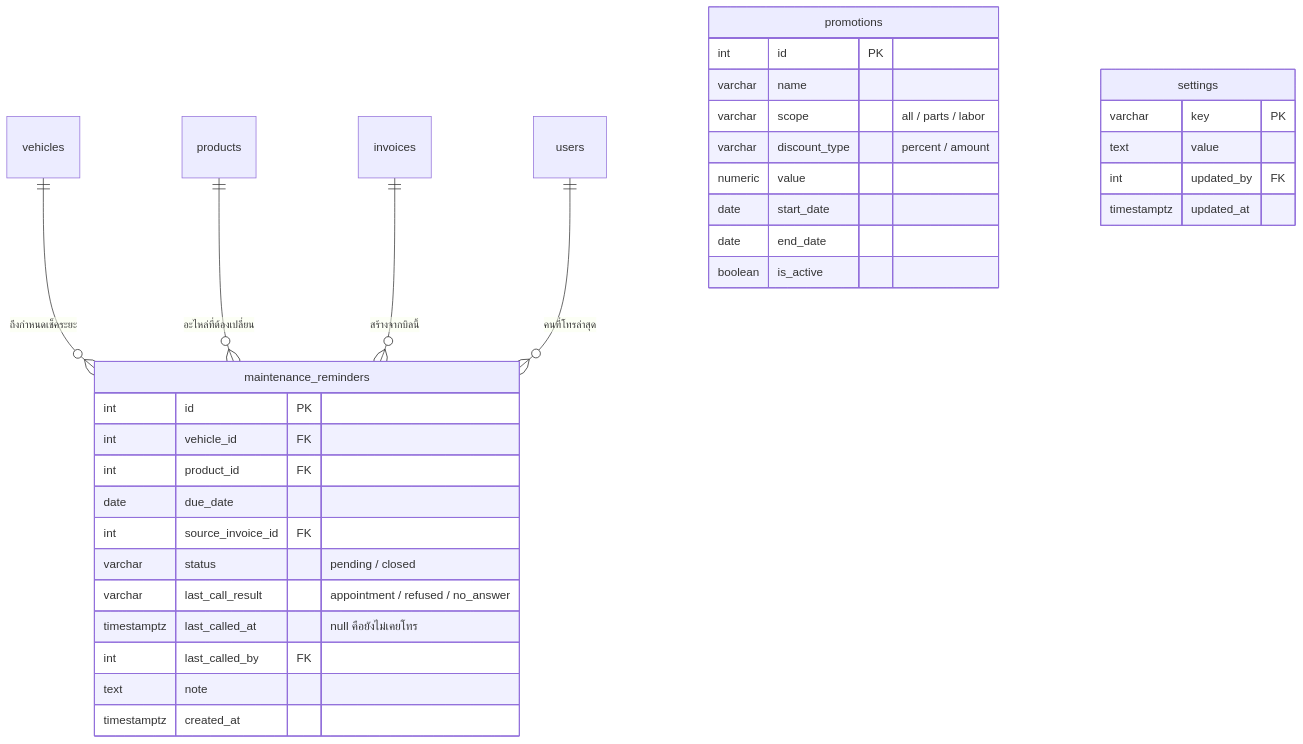
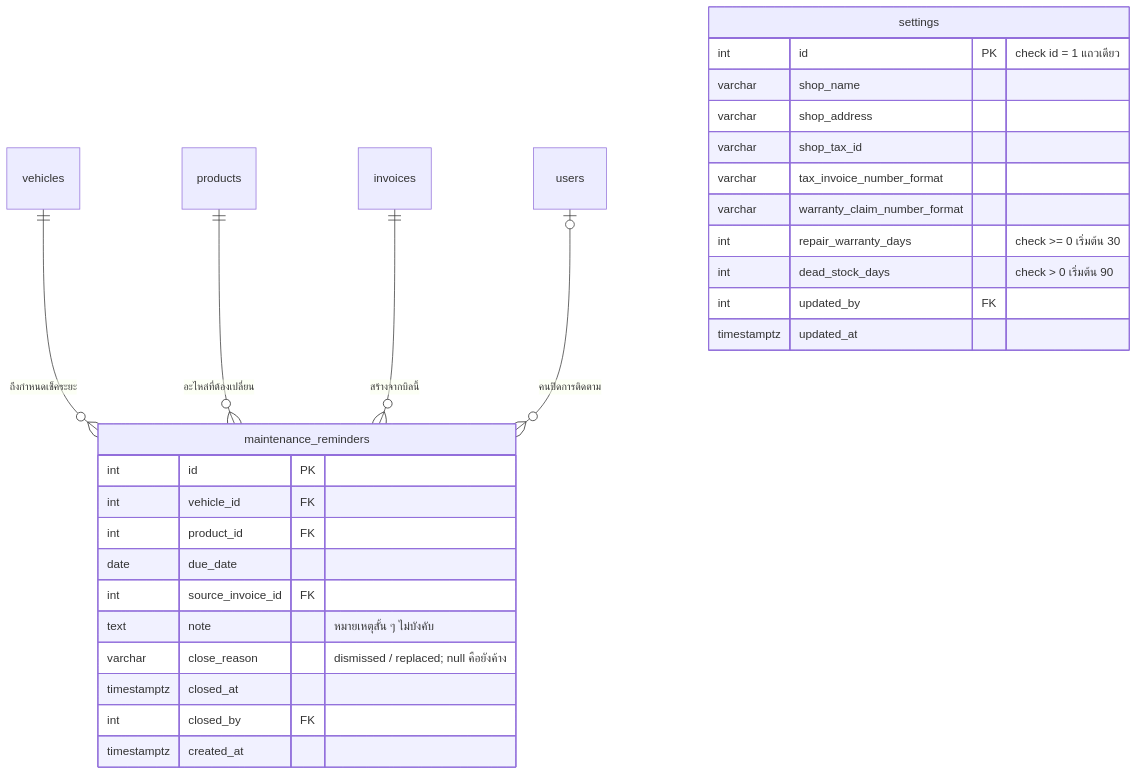
One commit to kaewjamsai0193/Garage_Final_Project changed the eighth of 9 diagrams in data_model.md. Above: the diagram before and after it, drawn with Mermaid. The commit also changed other lines of this file and 3 other files, not shown here.

````diff
--- a/data_model.md
+++ b/data_model.md
@@ -360,39 +420,33 @@
 ```mermaid
 erDiagram
     vehicles ||--o{ maintenance_reminders : "ถึงกำหนดเช็คระยะ"
     products ||--o{ maintenance_reminders : "อะไหล่ที่ต้องเปลี่ยน"
     invoices ||--o{ maintenance_reminders : "สร้างจากบิลนี้"
-    users ||--o{ maintenance_reminders : "คนที่โทรล่าสุด"
-
-    promotions {
-        int id PK
-        varchar name
-        varchar scope "all / parts / labor"
-        varchar discount_type "percent / amount"
-        numeric value
-        date start_date
-        date end_date
-        boolean is_active
-    }
+    users |o--o{ maintenance_reminders : "คนปิดการติดตาม"
 
     maintenance_reminders {
         int id PK
         int vehicle_id FK
         int product_id FK
         date due_date
         int source_invoice_id FK
-        varchar status "pending / closed"
-        varchar last_call_result "appointment / refused / no_answer"
-        timestamptz last_called_at "null คือยังไม่เคยโทร"
-        int last_called_by FK
-        text note
+        text note "หมายเหตุสั้น ๆ ไม่บังคับ"
+        varchar close_reason "dismissed / replaced; null คือยังค้าง"
+        timestamptz closed_at
+        int closed_by FK
         timestamptz created_at
     }
 
     settings {
-        varchar key PK
-        text value
+        int id PK "check id = 1 แถวเดียว"
+        varchar shop_name
+        varchar shop_address
+        varchar shop_tax_id
+        varchar tax_invoice_number_format
+        varchar warranty_claim_number_format
+        int repair_warranty_days "check >= 0 เริ่มต้น 30"
+        int dead_stock_days "check > 0 เริ่มต้น 90"
         int updated_by FK
         timestamptz updated_at
     }
 ```
````
